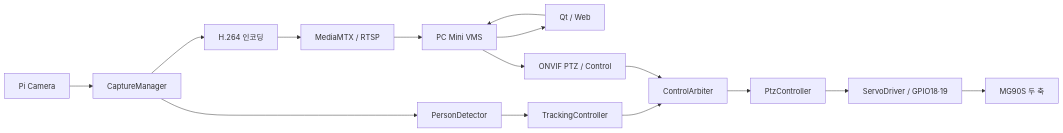
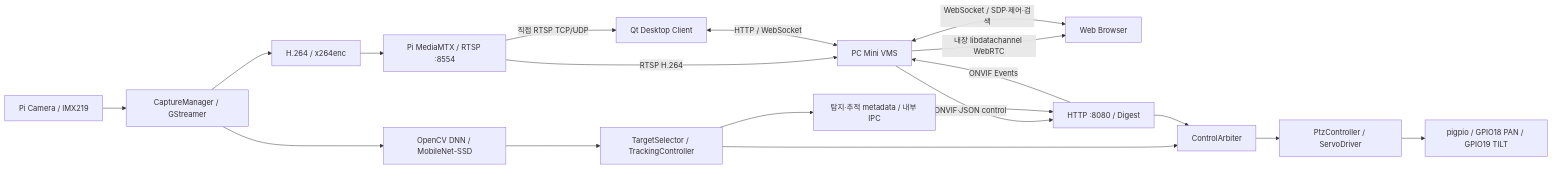
Before and after one commit to PTZ-CAMERA/PTZ_CAMERA: the diagram in README.md, drawn with Mermaid. The commit also changed other lines of this file and 12 other files, not shown here.

Commit message:
Refresh Pi and VMS client architecture READMEs and deployment compatibility

````diff
--- a/README.md
+++ b/README.md
@@ -39,17 +7,21 @@
 ```mermaid
 flowchart LR
-    CAMERA[Pi Camera] --> CAPTURE[CaptureManager]
-    CAPTURE --> ENCODE[H.264 인코딩]
-    ENCODE --> MTX[MediaMTX / RTSP]
-    MTX --> VMS[PC Mini VMS]
-    VMS --> CLIENT[Qt / Web]
-    CAPTURE --> DNN[PersonDetector]
-    DNN --> TRACK[TrackingController]
-    TRACK --> ARBITER[ControlArbiter]
-    CLIENT --> VMS
-    VMS --> ONVIF[ONVIF PTZ / Control]
-    ONVIF --> ARBITER
-    ARBITER --> PTZ[PtzController]
-    PTZ --> DRIVER[ServoDriver / GPIO18·19]
-    DRIVER --> MOTOR[MG90S 두 축]
+    Camera["Pi Camera / IMX219"] --> Capture["CaptureManager / GStreamer"]
+    Capture --> Encoder["H.264 / x264enc"]
+    Encoder --> Media["Pi MediaMTX / RTSP :8554"]
+    Media -->|직접 RTSP TCP/UDP| Qt["Qt Desktop Client"]
+    Media -->|RTSP H.264| VMS["PC Mini VMS"]
+    VMS -->|내장 libdatachannel WebRTC| Web["Web Browser"]
+    Qt <-->|HTTP / WebSocket| VMS
+    Web <-->|WebSocket / SDP·제어·검색| VMS
+    Capture --> DNN["OpenCV DNN / MobileNet-SSD"]
+    DNN --> Tracking["TargetSelector / TrackingController"]
+    Tracking --> Arbiter["ControlArbiter"]
+    VMS -->|ONVIF·JSON control| Onvif["HTTP :8080 / Digest"]
+    Onvif --> Arbiter
+    Arbiter --> PTZ["PtzController / ServoDriver"]
+    PTZ --> GPIO["pigpio / GPIO18 PAN / GPIO19 TILT"]
+    Tracking --> Metadata["탐지·추적 metadata / 내부 IPC"]
+    Metadata --> Onvif
+    Onvif -->|ONVIF Events| VMS
 ```
````
